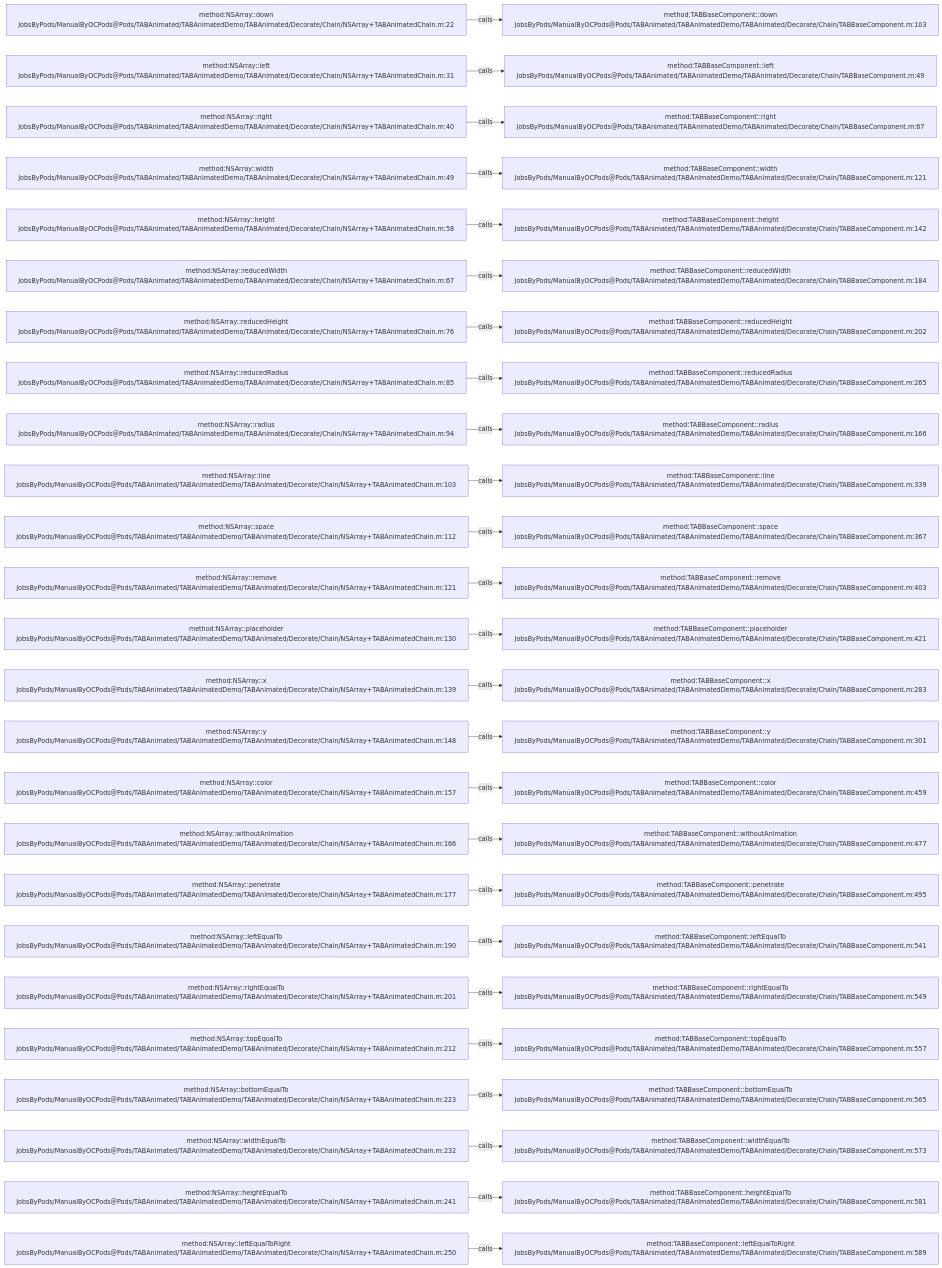
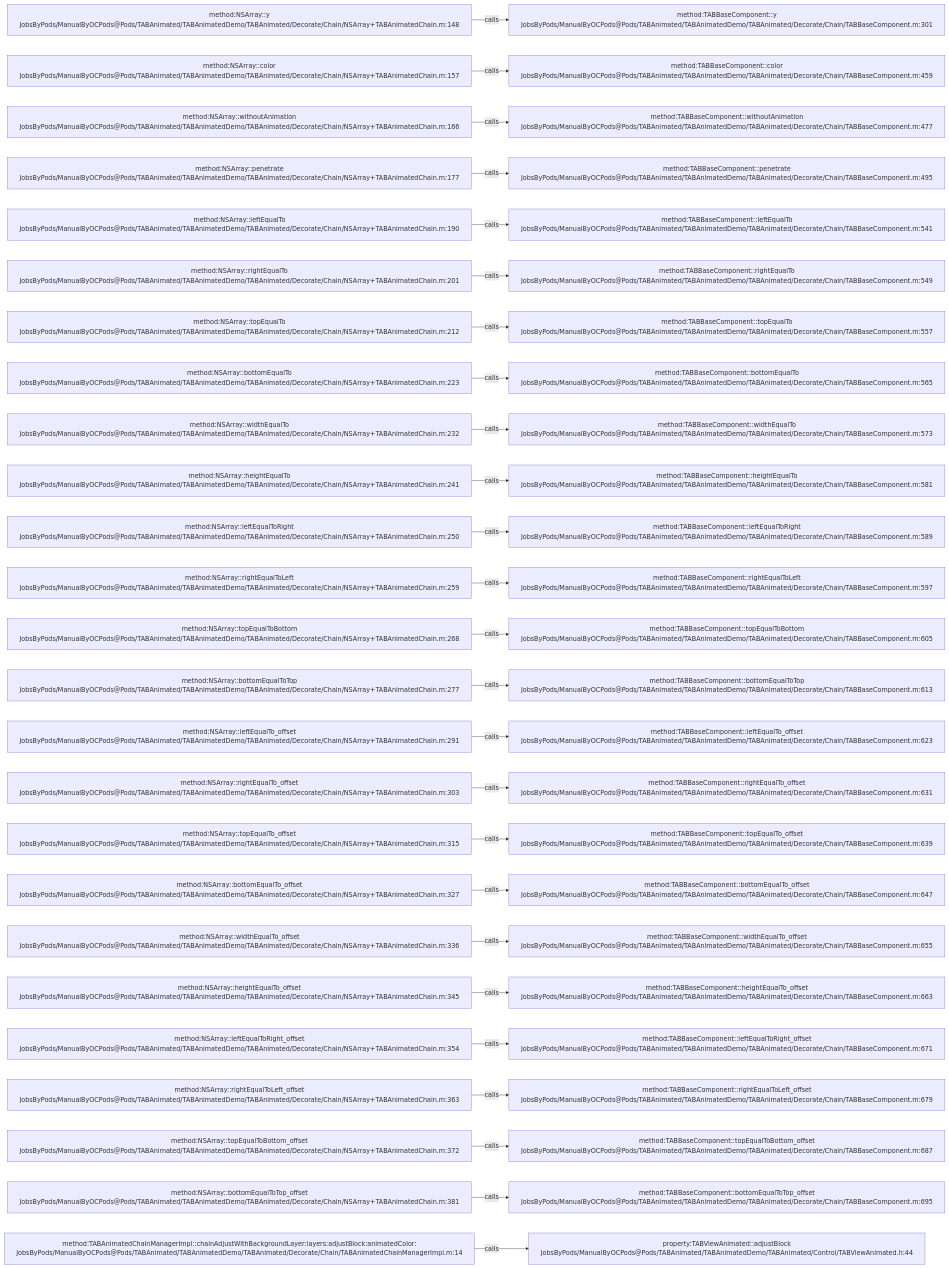
The diagram in .codegraph/codegraph.md/graphs/calls-032.md (JobsKits/JobsOCBaseConfigDemo), drawn with Mermaid before and after one commit. The commit also changed 296 other files, not shown here.

````diff
--- a/.codegraph/codegraph.md/graphs/calls-032.md
+++ b/.codegraph/codegraph.md/graphs/calls-032.md
@@ -13,78 +13,78 @@
 ```mermaid
 flowchart LR
-  S1["method:NSArray::down<br/>JobsByPods/ManualByOCPods@Pods/TABAnimated/TABAnimatedDemo/TABAnimated/Decorate/Chain/NSArray+TABAnimatedChain.m:22"]
-  T1["method:TABBaseComponent::down<br/>JobsByPods/ManualByOCPods@Pods/TABAnimated/TABAnimatedDemo/TABAnimated/Decorate/Chain/TABBaseComponent.m:103"]
+  S1["method:NSArray::y<br/>JobsByPods/ManualByOCPods@Pods/TABAnimated/TABAnimatedDemo/TABAnimated/Decorate/Chain/NSArray+TABAnimatedChain.m:148"]
+  T1["method:TABBaseComponent::y<br/>JobsByPods/ManualByOCPods@Pods/TABAnimated/TABAnimatedDemo/TABAnimated/Decorate/Chain/TABBaseComponent.m:301"]
   S1 -->|calls| T1
-  S2["method:NSArray::left<br/>JobsByPods/ManualByOCPods@Pods/TABAnimated/TABAnimatedDemo/TABAnimated/Decorate/Chain/NSArray+TABAnimatedChain.m:31"]
-  T2["method:TABBaseComponent::left<br/>JobsByPods/ManualByOCPods@Pods/TABAnimated/TABAnimatedDemo/TABAnimated/Decorate/Chain/TABBaseComponent.m:49"]
+  S2["method:NSArray::color<br/>JobsByPods/ManualByOCPods@Pods/TABAnimated/TABAnimatedDemo/TABAnimated/Decorate/Chain/NSArray+TABAnimatedChain.m:157"]
+  T2["method:TABBaseComponent::color<br/>JobsByPods/ManualByOCPods@Pods/TABAnimated/TABAnimatedDemo/TABAnimated/Decorate/Chain/TABBaseComponent.m:459"]
   S2 -->|calls| T2
-  S3["method:NSArray::right<br/>JobsByPods/ManualByOCPods@Pods/TABAnimated/TABAnimatedDemo/TABAnimated/Decorate/Chain/NSArray+TABAnimatedChain.m:40"]
-  T3["method:TABBaseComponent::right<br/>JobsByPods/ManualByOCPods@Pods/TABAnimated/TABAnimatedDemo/TABAnimated/Decorate/Chain/TABBaseComponent.m:67"]
+  S3["method:NSArray::withoutAnimation<br/>JobsByPods/ManualByOCPods@Pods/TABAnimated/TABAnimatedDemo/TABAnimated/Decorate/Chain/NSArray+TABAnimatedChain.m:166"]
+  T3["method:TABBaseComponent::withoutAnimation<br/>JobsByPods/ManualByOCPods@Pods/TABAnimated/TABAnimatedDemo/TABAnimated/Decorate/Chain/TABBaseComponent.m:477"]
   S3 -->|calls| T3
-  S4["method:NSArray::width<br/>JobsByPods/ManualByOCPods@Pods/TABAnimated/TABAnimatedDemo/TABAnimated/Decorate/Chain/NSArray+TABAnimatedChain.m:49"]
-  T4["method:TABBaseComponent::width<br/>JobsByPods/ManualByOCPods@Pods/TABAnimated/TABAnimatedDemo/TABAnimated/Decorate/Chain/TABBaseComponent.m:121"]
+  S4["method:NSArray::penetrate<br/>JobsByPods/ManualByOCPods@Pods/TABAnimated/TABAnimatedDemo/TABAnimated/Decorate/Chain/NSArray+TABAnimatedChain.m:177"]
+  T4["method:TABBaseComponent::penetrate<br/>JobsByPods/ManualByOCPods@Pods/TABAnimated/TABAnimatedDemo/TABAnimated/Decorate/Chain/TABBaseComponent.m:495"]
   S4 -->|calls| T4
-  S5["method:NSArray::height<br/>JobsByPods/ManualByOCPods@Pods/TABAnimated/TABAnimatedDemo/TABAnimated/Decorate/Chain/NSArray+TABAnimatedChain.m:58"]
-  T5["method:TABBaseComponent::height<br/>JobsByPods/ManualByOCPods@Pods/TABAnimated/TABAnimatedDemo/TABAnimated/Decorate/Chain/TABBaseComponent.m:142"]
+  S5["method:NSArray::leftEqualTo<br/>JobsByPods/ManualByOCPods@Pods/TABAnimated/TABAnimatedDemo/TABAnimated/Decorate/Chain/NSArray+TABAnimatedChain.m:190"]
+  T5["method:TABBaseComponent::leftEqualTo<br/>JobsByPods/ManualByOCPods@Pods/TABAnimated/TABAnimatedDemo/TABAnimated/Decorate/Chain/TABBaseComponent.m:541"]
   S5 -->|calls| T5
-  S6["method:NSArray::reducedWidth<br/>JobsByPods/ManualByOCPods@Pods/TABAnimated/TABAnimatedDemo/TABAnimated/Decorate/Chain/NSArray+TABAnimatedChain.m:67"]
-  T6["method:TABBaseComponent::reducedWidth<br/>JobsByPods/ManualByOCPods@Pods/TABAnimated/TABAnimatedDemo/TABAnimated/Decorate/Chain/TABBaseComponent.m:184"]
+  S6["method:NSArray::rightEqualTo<br/>JobsByPods/ManualByOCPods@Pods/TABAnimated/TABAnimatedDemo/TABAnimated/Decorate/Chain/NSArray+TABAnimatedChain.m:201"]
+  T6["method:TABBaseComponent::rightEqualTo<br/>JobsByPods/ManualByOCPods@Pods/TABAnimated/TABAnimatedDemo/TABAnimated/Decorate/Chain/TABBaseComponent.m:549"]
   S6 -->|calls| T6
-  S7["method:NSArray::reducedHeight<br/>JobsByPods/ManualByOCPods@Pods/TABAnimated/TABAnimatedDemo/TABAnimated/Decorate/Chain/NSArray+TABAnimatedChain.m:76"]
-  T7["method:TABBaseComponent::reducedHeight<br/>JobsByPods/ManualByOCPods@Pods/TABAnimated/TABAnimatedDemo/TABAnimated/Decorate/Chain/TABBaseComponent.m:202"]
+  S7["method:NSArray::topEqualTo<br/>JobsByPods/ManualByOCPods@Pods/TABAnimated/TABAnimatedDemo/TABAnimated/Decorate/Chain/NSArray+TABAnimatedChain.m:212"]
+  T7["method:TABBaseComponent::topEqualTo<br/>JobsByPods/ManualByOCPods@Pods/TABAnimated/TABAnimatedDemo/TABAnimated/Decorate/Chain/TABBaseComponent.m:557"]
   S7 -->|calls| T7
-  S8["method:NSArray::reducedRadius<br/>JobsByPods/ManualByOCPods@Pods/TABAnimated/TABAnimatedDemo/TABAnimated/Decorate/Chain/NSArray+TABAnimatedChain.m:85"]
-  T8["method:TABBaseComponent::reducedRadius<br/>JobsByPods/ManualByOCPods@Pods/TABAnimated/TABAnimatedDemo/TABAnimated/Decorate/Chain/TABBaseComponent.m:265"]
+  S8["method:NSArray::bottomEqualTo<br/>JobsByPods/ManualByOCPods@Pods/TABAnimated/TABAnimatedDemo/TABAnimated/Decorate/Chain/NSArray+TABAnimatedChain.m:223"]
+  T8["method:TABBaseComponent::bottomEqualTo<br/>JobsByPods/ManualByOCPods@Pods/TABAnimated/TABAnimatedDemo/TABAnimated/Decorate/Chain/TABBaseComponent.m:565"]
   S8 -->|calls| T8
-  S9["method:NSArray::radius<br/>JobsByPods/ManualByOCPods@Pods/TABAnimated/TABAnimatedDemo/TABAnimated/Decorate/Chain/NSArray+TABAnimatedChain.m:94"]
-  T9["method:TABBaseComponent::radius<br/>JobsByPods/ManualByOCPods@Pods/TABAnimated/TABAnimatedDemo/TABAnimated/Decorate/Chain/TABBaseComponent.m:166"]
+  S9["method:NSArray::widthEqualTo<br/>JobsByPods/ManualByOCPods@Pods/TABAnimated/TABAnimatedDemo/TABAnimated/Decorate/Chain/NSArray+TABAnimatedChain.m:232"]
+  T9["method:TABBaseComponent::widthEqualTo<br/>JobsByPods/ManualByOCPods@Pods/TABAnimated/TABAnimatedDemo/TABAnimated/Decorate/Chain/TABBaseComponent.m:573"]
   S9 -->|calls| T9
-  S10["method:NSArray::line<br/>JobsByPods/ManualByOCPods@Pods/TABAnimated/TABAnimatedDemo/TABAnimated/Decorate/Chain/NSArray+TABAnimatedChain.m:103"]
-  T10["method:TABBaseComponent::line<br/>JobsByPods/ManualByOCPods@Pods/TABAnimated/TABAnimatedDemo/TABAnimated/Decorate/Chain/TABBaseComponent.m:339"]
+  S10["method:NSArray::heightEqualTo<br/>JobsByPods/ManualByOCPods@Pods/TABAnimated/TABAnimatedDemo/TABAnimated/Decorate/Chain/NSArray+TABAnimatedChain.m:241"]
+  T10["method:TABBaseComponent::heightEqualTo<br/>JobsByPods/ManualByOCPods@Pods/TABAnimated/TABAnimatedDemo/TABAnimated/Decorate/Chain/TABBaseComponent.m:581"]
   S10 -->|calls| T10
-  S11["method:NSArray::space<br/>JobsByPods/ManualByOCPods@Pods/TABAnimated/TABAnimatedDemo/TABAnimated/Decorate/Chain/NSArray+TABAnimatedChain.m:112"]
-  T11["method:TABBaseComponent::space<br/>JobsByPods/ManualByOCPods@Pods/TABAnimated/TABAnimatedDemo/TABAnimated/Decorate/Chain/TABBaseComponent.m:367"]
+  S11["method:NSArray::leftEqualToRight<br/>JobsByPods/ManualByOCPods@Pods/TABAnimated/TABAnimatedDemo/TABAnimated/Decorate/Chain/NSArray+TABAnimatedChain.m:250"]
+  T11["method:TABBaseComponent::leftEqualToRight<br/>JobsByPods/ManualByOCPods@Pods/TABAnimated/TABAnimatedDemo/TABAnimated/Decorate/Chain/TABBaseComponent.m:589"]
   S11 -->|calls| T11
-  S12["method:NSArray::remove<br/>JobsByPods/ManualByOCPods@Pods/TABAnimated/TABAnimatedDemo/TABAnimated/Decorate/Chain/NSArray+TABAnimatedChain.m:121"]
-  T12["method:TABBaseComponent::remove<br/>JobsByPods/ManualByOCPods@Pods/TABAnimated/TABAnimatedDemo/TABAnimated/Decorate/Chain/TABBaseComponent.m:403"]
+  S12["method:NSArray::rightEqualToLeft<br/>JobsByPods/ManualByOCPods@Pods/TABAnimated/TABAnimatedDemo/TABAnimated/Decorate/Chain/NSArray+TABAnimatedChain.m:259"]
+  T12["method:TABBaseComponent::rightEqualToLeft<br/>JobsByPods/ManualByOCPods@Pods/TABAnimated/TABAnimatedDemo/TABAnimated/Decorate/Chain/TABBaseComponent.m:597"]
   S12 -->|calls| T12
-  S13["method:NSArray::placeholder<br/>JobsByPods/ManualByOCPods@Pods/TABAnimated/TABAnimatedDemo/TABAnimated/Decorate/Chain/NSArray+TABAnimatedChain.m:130"]
-  T13["method:TABBaseComponent::placeholder<br/>JobsByPods/ManualByOCPods@Pods/TABAnimated/TABAnimatedDemo/TABAnimated/Decorate/Chain/TABBaseComponent.m:421"]
+  S13["method:NSArray::topEqualToBottom<br/>JobsByPods/ManualByOCPods@Pods/TABAnimated/TABAnimatedDemo/TABAnimated/Decorate/Chain/NSArray+TABAnimatedChain.m:268"]
+  T13["method:TABBaseComponent::topEqualToBottom<br/>JobsByPods/ManualByOCPods@Pods/TABAnimated/TABAnimatedDemo/TABAnimated/Decorate/Chain/TABBaseComponent.m:605"]
   S13 -->|calls| T13
-  S14["method:NSArray::x<br/>JobsByPods/ManualByOCPods@Pods/TABAnimated/TABAnimatedDemo/TABAnimated/Decorate/Chain/NSArray+TABAnimatedChain.m:139"]
-  T14["method:TABBaseComponent::x<br/>JobsByPods/ManualByOCPods@Pods/TABAnimated/TABAnimatedDemo/TABAnimated/Decorate/Chain/TABBaseComponent.m:283"]
+  S14["method:NSArray::bottomEqualToTop<br/>JobsByPods/ManualByOCPods@Pods/TABAnimated/TABAnimatedDemo/TABAnimated/Decorate/Chain/NSArray+TABAnimatedChain.m:277"]
+  T14["method:TABBaseComponent::bottomEqualToTop<br/>JobsByPods/ManualByOCPods@Pods/TABAnimated/TABAnimatedDemo/TABAnimated/Decorate/Chain/TABBaseComponent.m:613"]
   S14 -->|calls| T14
-  S15["method:NSArray::y<br/>JobsByPods/ManualByOCPods@Pods/TABAnimated/TABAnimatedDemo/TABAnimated/Decorate/Chain/NSArray+TABAnimatedChain.m:148"]
-  T15["method:TABBaseComponent::y<br/>JobsByPods/ManualByOCPods@Pods/TABAnimated/TABAnimatedDemo/TABAnimated/Decorate/Chain/TABBaseComponent.m:301"]
+  S15["method:NSArray::leftEqualTo_offset<br/>JobsByPods/ManualByOCPods@Pods/TABAnimated/TABAnimatedDemo/TABAnimated/Decorate/Chain/NSArray+TABAnimatedChain.m:291"]
+  T15["method:TABBaseComponent::leftEqualTo_offset<br/>JobsByPods/ManualByOCPods@Pods/TABAnimated/TABAnimatedDemo/TABAnimated/Decorate/Chain/TABBaseComponent.m:623"]
   S15 -->|calls| T15
-  S16["method:NSArray::color<br/>JobsByPods/ManualByOCPods@Pods/TABAnimated/TABAnimatedDemo/TABAnimated/Decorate/Chain/NSArray+TABAnimatedChain.m:157"]
-  T16["method:TABBaseComponent::color<br/>JobsByPods/ManualByOCPods@Pods/TABAnimated/TABAnimatedDemo/TABAnimated/Decorate/Chain/TABBaseComponent.m:459"]
+  S16["method:NSArray::rightEqualTo_offset<br/>JobsByPods/ManualByOCPods@Pods/TABAnimated/TABAnimatedDemo/TABAnimated/Decorate/Chain/NSArray+TABAnimatedChain.m:303"]
+  T16["method:TABBaseComponent::rightEqualTo_offset<br/>JobsByPods/ManualByOCPods@Pods/TABAnimated/TABAnimatedDemo/TABAnimated/Decorate/Chain/TABBaseComponent.m:631"]
   S16 -->|calls| T16
-  S17["method:NSArray::withoutAnimation<br/>JobsByPods/ManualByOCPods@Pods/TABAnimated/TABAnimatedDemo/TABAnimated/Decorate/Chain/NSArray+TABAnimatedChain.m:166"]
-  T17["method:TABBaseComponent::withoutAnimation<br/>JobsByPods/ManualByOCPods@Pods/TABAnimated/TABAnimatedDemo/TABAnimated/Decorate/Chain/TABBaseComponent.m:477"]
+  S17["method:NSArray::topEqualTo_offset<br/>JobsByPods/ManualByOCPods@Pods/TABAnimated/TABAnimatedDemo/TABAnimated/Decorate/Chain/NSArray+TABAnimatedChain.m:315"]
+  T17["method:TABBaseComponent::topEqualTo_offset<br/>JobsByPods/ManualByOCPods@Pods/TABAnimated/TABAnimatedDemo/TABAnimated/Decorate/Chain/TABBaseComponent.m:639"]
   S17 -->|calls| T17
-  S18["method:NSArray::penetrate<br/>JobsByPods/ManualByOCPods@Pods/TABAnimated/TABAnimatedDemo/TABAnimated/Decorate/Chain/NSArray+TABAnimatedChain.m:177"]
-  T18["method:TABBaseComponent::penetrate<br/>JobsByPods/ManualByOCPods@Pods/TABAnimated/TABAnimatedDemo/TABAnimated/Decorate/Chain/TABBaseComponent.m:495"]
+  S18["method:NSArray::bottomEqualTo_offset<br/>JobsByPods/ManualByOCPods@Pods/TABAnimated/TABAnimatedDemo/TABAnimated/Decorate/Chain/NSArray+TABAnimatedChain.m:327"]
+  T18["method:TABBaseComponent::bottomEqualTo_offset<br/>JobsByPods/ManualByOCPods@Pods/TABAnimated/TABAnimatedDemo/TABAnimated/Decorate/Chain/TABBaseComponent.m:647"]
   S18 -->|calls| T18
-  S19["method:NSArray::leftEqualTo<br/>JobsByPods/ManualByOCPods@Pods/TABAnimated/TABAnimatedDemo/TABAnimated/Decorate/Chain/NSArray+TABAnimatedChain.m:190"]
-  T19["method:TABBaseComponent::leftEqualTo<br/>JobsByPods/ManualByOCPods@Pods/TABAnimated/TABAnimatedDemo/TABAnimated/Decorate/Chain/TABBaseComponent.m:541"]
+  S19["method:NSArray::widthEqualTo_offset<br/>JobsByPods/ManualByOCPods@Pods/TABAnimated/TABAnimatedDemo/TABAnimated/Decorate/Chain/NSArray+TABAnimatedChain.m:336"]
+  T19["method:TABBaseComponent::widthEqualTo_offset<br/>JobsByPods/ManualByOCPods@Pods/TABAnimated/TABAnimatedDemo/TABAnimated/Decorate/Chain/TABBaseComponent.m:655"]
   S19 -->|calls| T19
-  S20["method:NSArray::rightEqualTo<br/>JobsByPods/ManualByOCPods@Pods/TABAnimated/TABAnimatedDemo/TABAnimated/Decorate/Chain/NSArray+TABAnimatedChain.m:201"]
-  T20["method:TABBaseComponent::rightEqualTo<br/>JobsByPods/ManualByOCPods@Pods/TABAnimated/TABAnimatedDemo/TABAnimated/Decorate/Chain/TABBaseComponent.m:549"]
+  S20["method:NSArray::heightEqualTo_offset<br/>JobsByPods/ManualByOCPods@Pods/TABAnimated/TABAnimatedDemo/TABAnimated/Decorate/Chain/NSArray+TABAnimatedChain.m:345"]
+  T20["method:TABBaseComponent::heightEqualTo_offset<br/>JobsByPods/ManualByOCPods@Pods/TABAnimated/TABAnimatedDemo/TABAnimated/Decorate/Chain/TABBaseComponent.m:663"]
   S20 -->|calls| T20
-  S21["method:NSArray::topEqualTo<br/>JobsByPods/ManualByOCPods@Pods/TABAnimated/TABAnimatedDemo/TABAnimated/Decorate/Chain/NSArray+TABAnimatedChain.m:212"]
-  T21["method:TABBaseComponent::topEqualTo<br/>JobsByPods/ManualByOCPods@Pods/TABAnimated/TABAnimatedDemo/TABAnimated/Decorate/Chain/TABBaseComponent.m:557"]
+  S21["method:NSArray::leftEqualToRight_offset<br/>JobsByPods/ManualByOCPods@Pods/TABAnimated/TABAnimatedDemo/TABAnimated/Decorate/Chain/NSArray+TABAnimatedChain.m:354"]
+  T21["method:TABBaseComponent::leftEqualToRight_offset<br/>JobsByPods/ManualByOCPods@Pods/TABAnimated/TABAnimatedDemo/TABAnimated/Decorate/Chain/TABBaseComponent.m:671"]
   S21 -->|calls| T21
-  S22["method:NSArray::bottomEqualTo<br/>JobsByPods/ManualByOCPods@Pods/TABAnimated/TABAnimatedDemo/TABAnimated/Decorate/Chain/NSArray+TABAnimatedChain.m:223"]
-  T22["method:TABBaseComponent::bottomEqualTo<br/>JobsByPods/ManualByOCPods@Pods/TABAnimated/TABAnimatedDemo/TABAnimated/Decorate/Chain/TABBaseComponent.m:565"]
+  S22["method:NSArray::rightEqualToLeft_offset<br/>JobsByPods/ManualByOCPods@Pods/TABAnimated/TABAnimatedDemo/TABAnimated/Decorate/Chain/NSArray+TABAnimatedChain.m:363"]
+  T22["method:TABBaseComponent::rightEqualToLeft_offset<br/>JobsByPods/ManualByOCPods@Pods/TABAnimated/TABAnimatedDemo/TABAnimated/Decorate/Chain/TABBaseComponent.m:679"]
   S22 -->|calls| T22
-  S23["method:NSArray::widthEqualTo<br/>JobsByPods/ManualByOCPods@Pods/TABAnimated/TABAnimatedDemo/TABAnimated/Decorate/Chain/NSArray+TABAnimatedChain.m:232"]
-  T23["method:TABBaseComponent::widthEqualTo<br/>JobsByPods/ManualByOCPods@Pods/TABAnimated/TABAnimatedDemo/TABAnimated/Decorate/Chain/TABBaseComponent.m:573"]
+  S23["method:NSArray::topEqualToBottom_offset<br/>JobsByPods/ManualByOCPods@Pods/TABAnimated/TABAnimatedDemo/TABAnimated/Decorate/Chain/NSArray+TABAnimatedChain.m:372"]
+  T23["method:TABBaseComponent::topEqualToBottom_offset<br/>JobsByPods/ManualByOCPods@Pods/TABAnimated/TABAnimatedDemo/TABAnimated/Decorate/Chain/TABBaseComponent.m:687"]
   S23 -->|calls| T23
-  S24["method:NSArray::heightEqualTo<br/>JobsByPods/ManualByOCPods@Pods/TABAnimated/TABAnimatedDemo/TABAnimated/Decorate/Chain/NSArray+TABAnimatedChain.m:241"]
-  T24["method:TABBaseComponent::heightEqualTo<br/>JobsByPods/ManualByOCPods@Pods/TABAnimated/TABAnimatedDemo/TABAnimated/Decorate/Chain/TABBaseComponent.m:581"]
+  S24["method:NSArray::bottomEqualToTop_offset<br/>JobsByPods/ManualByOCPods@Pods/TABAnimated/TABAnimatedDemo/TABAnimated/Decorate/Chain/NSArray+TABAnimatedChain.m:381"]
+  T24["method:TABBaseComponent::bottomEqualToTop_offset<br/>JobsByPods/ManualByOCPods@Pods/TABAnimated/TABAnimatedDemo/TABAnimated/Decorate/Chain/TABBaseComponent.m:695"]
   S24 -->|calls| T24
-  S25["method:NSArray::leftEqualToRight<br/>JobsByPods/ManualByOCPods@Pods/TABAnimated/TABAnimatedDemo/TABAnimated/Decorate/Chain/NSArray+TABAnimatedChain.m:250"]
-  T25["method:TABBaseComponent::leftEqualToRight<br/>JobsByPods/ManualByOCPods@Pods/TABAnimated/TABAnimatedDemo/TABAnimated/Decorate/Chain/TABBaseComponent.m:589"]
+  S25["method:TABAnimatedChainManagerImpl::chainAdjustWithBackgroundLayer:layers:adjustBlock:animatedColor:<br/>JobsByPods/ManualByOCPods@Pods/TABAnimated/TABAnimatedDemo/TABAnimated/Decorate/Chain/TABAnimatedChainManagerImpl.m:14"]
+  T25["property:TABViewAnimated::adjustBlock<br/>JobsByPods/ManualByOCPods@Pods/TABAnimated/TABAnimatedDemo/TABAnimated/Control/TABViewAnimated.h:44"]
   S25 -->|calls| T25
 ```
````
